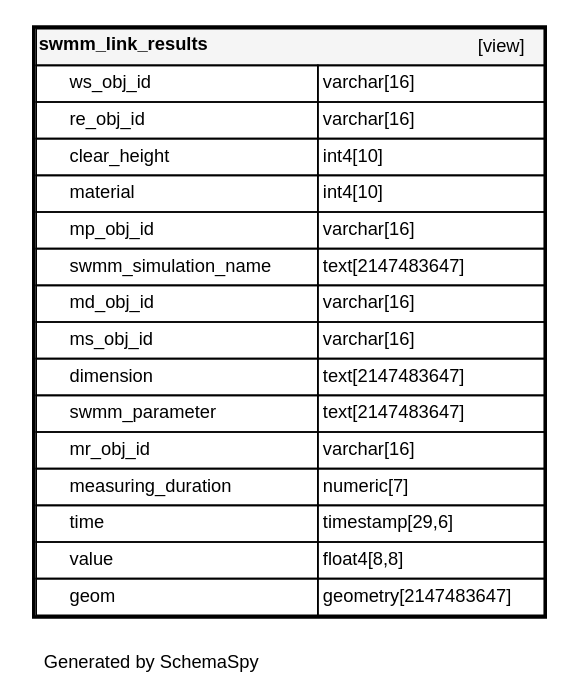
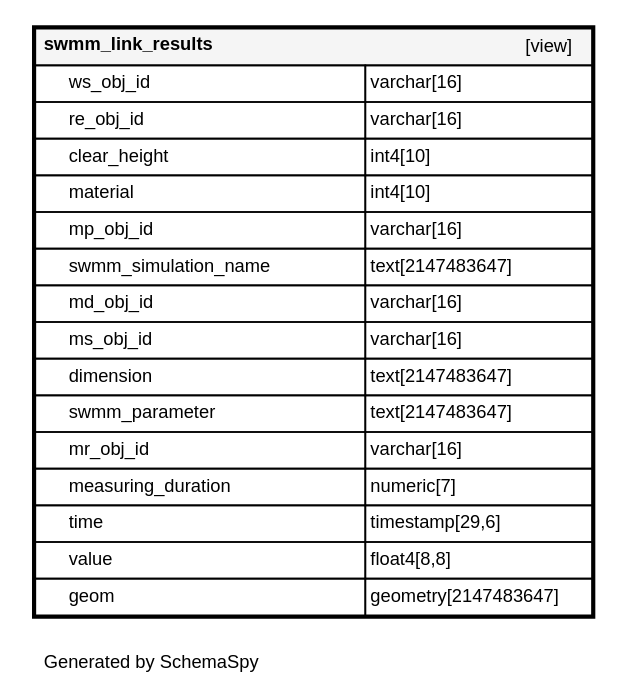
Before and after one commit to teksi/wastewater: the diagram in en/_static/datamodel/tww_app/diagrams/tables/swmm_link_results.1degree.dot, drawn with Graphviz. The commit also changed 5513 other files, not shown here.

```diff
--- a/en/_static/datamodel/tww_app/diagrams/tables/swmm_link_results.1degree.dot
+++ b/en/_static/datamodel/tww_app/diagrams/tables/swmm_link_results.1degree.dot
@@ -1,27 +1,27 @@
 digraph "oneDegreeRelationshipsDiagram" {
-  graph [    rankdir="RL"    bgcolor="#ffffff"    label="\nGenerated by SchemaSpy"    labeljust="l"    nodesep="0.18"    ranksep="0.46"    fontname="Helvetica"    fontsize="11"    ration="compress"  ];  node [    fontname="Helvetica"    fontsize="11"    shape="plaintext"  ];  edge [    arrowsize="0.8"  ];
+  graph [    rankdir="RL"    bgcolor="#ffffff"    label="\nGenerated by SchemaSpy"    labeljust="l"    nodesep="0.18"    ranksep="0.46"    fontname="Helvetica"    fontsize="11"    packmode="graph"  ];  node [    fontname="Helvetica"    fontsize="11"    shape="plaintext"  ];  edge [    arrowsize="0.8"  ];
   "swmm_link_results" [
    label=<
     <TABLE BORDER="2" CELLBORDER="1" CELLSPACING="0" BGCOLOR="#ffffff">
-      <TR><TD COLSPAN="4"  BGCOLOR="#f5f5f5"><TABLE BORDER="0" CELLSPACING="0"><TR><TD ALIGN="LEFT" FIXEDSIZE="TRUE" WIDTH="113" HEIGHT="16"><B>swmm_link_results</B></TD><TD ALIGN="RIGHT">[view]</TD></TR></TABLE></TD></TR>
-      <TR><TD PORT="ws_obj_id" COLSPAN="2" ALIGN="LEFT"><TABLE BORDER="0" CELLSPACING="0" ALIGN="LEFT"><TR ALIGN="LEFT"><TD ALIGN="LEFT" FIXEDSIZE="TRUE" WIDTH="15" HEIGHT="16"></TD><TD ALIGN="LEFT" FIXEDSIZE="TRUE" WIDTH="148" HEIGHT="16">ws_obj_id</TD></TR></TABLE></TD><TD PORT="ws_obj_id.type" ALIGN="LEFT">varchar[16]</TD></TR>
-      <TR><TD PORT="re_obj_id" COLSPAN="2" ALIGN="LEFT"><TABLE BORDER="0" CELLSPACING="0" ALIGN="LEFT"><TR ALIGN="LEFT"><TD ALIGN="LEFT" FIXEDSIZE="TRUE" WIDTH="15" HEIGHT="16"></TD><TD ALIGN="LEFT" FIXEDSIZE="TRUE" WIDTH="148" HEIGHT="16">re_obj_id</TD></TR></TABLE></TD><TD PORT="re_obj_id.type" ALIGN="LEFT">varchar[16]</TD></TR>
-      <TR><TD PORT="clear_height" COLSPAN="2" ALIGN="LEFT"><TABLE BORDER="0" CELLSPACING="0" ALIGN="LEFT"><TR ALIGN="LEFT"><TD ALIGN="LEFT" FIXEDSIZE="TRUE" WIDTH="15" HEIGHT="16"></TD><TD ALIGN="LEFT" FIXEDSIZE="TRUE" WIDTH="148" HEIGHT="16">clear_height</TD></TR></TABLE></TD><TD PORT="clear_height.type" ALIGN="LEFT">int4[10]</TD></TR>
-      <TR><TD PORT="material" COLSPAN="2" ALIGN="LEFT"><TABLE BORDER="0" CELLSPACING="0" ALIGN="LEFT"><TR ALIGN="LEFT"><TD ALIGN="LEFT" FIXEDSIZE="TRUE" WIDTH="15" HEIGHT="16"></TD><TD ALIGN="LEFT" FIXEDSIZE="TRUE" WIDTH="148" HEIGHT="16">material</TD></TR></TABLE></TD><TD PORT="material.type" ALIGN="LEFT">int4[10]</TD></TR>
-      <TR><TD PORT="mp_obj_id" COLSPAN="2" ALIGN="LEFT"><TABLE BORDER="0" CELLSPACING="0" ALIGN="LEFT"><TR ALIGN="LEFT"><TD ALIGN="LEFT" FIXEDSIZE="TRUE" WIDTH="15" HEIGHT="16"></TD><TD ALIGN="LEFT" FIXEDSIZE="TRUE" WIDTH="148" HEIGHT="16">mp_obj_id</TD></TR></TABLE></TD><TD PORT="mp_obj_id.type" ALIGN="LEFT">varchar[16]</TD></TR>
-      <TR><TD PORT="swmm_simulation_name" COLSPAN="2" ALIGN="LEFT"><TABLE BORDER="0" CELLSPACING="0" ALIGN="LEFT"><TR ALIGN="LEFT"><TD ALIGN="LEFT" FIXEDSIZE="TRUE" WIDTH="15" HEIGHT="16"></TD><TD ALIGN="LEFT" FIXEDSIZE="TRUE" WIDTH="148" HEIGHT="16">swmm_simulation_name</TD></TR></TABLE></TD><TD PORT="swmm_simulation_name.type" ALIGN="LEFT">text[2147483647]</TD></TR>
-      <TR><TD PORT="md_obj_id" COLSPAN="2" ALIGN="LEFT"><TABLE BORDER="0" CELLSPACING="0" ALIGN="LEFT"><TR ALIGN="LEFT"><TD ALIGN="LEFT" FIXEDSIZE="TRUE" WIDTH="15" HEIGHT="16"></TD><TD ALIGN="LEFT" FIXEDSIZE="TRUE" WIDTH="148" HEIGHT="16">md_obj_id</TD></TR></TABLE></TD><TD PORT="md_obj_id.type" ALIGN="LEFT">varchar[16]</TD></TR>
-      <TR><TD PORT="ms_obj_id" COLSPAN="2" ALIGN="LEFT"><TABLE BORDER="0" CELLSPACING="0" ALIGN="LEFT"><TR ALIGN="LEFT"><TD ALIGN="LEFT" FIXEDSIZE="TRUE" WIDTH="15" HEIGHT="16"></TD><TD ALIGN="LEFT" FIXEDSIZE="TRUE" WIDTH="148" HEIGHT="16">ms_obj_id</TD></TR></TABLE></TD><TD PORT="ms_obj_id.type" ALIGN="LEFT">varchar[16]</TD></TR>
-      <TR><TD PORT="dimension" COLSPAN="2" ALIGN="LEFT"><TABLE BORDER="0" CELLSPACING="0" ALIGN="LEFT"><TR ALIGN="LEFT"><TD ALIGN="LEFT" FIXEDSIZE="TRUE" WIDTH="15" HEIGHT="16"></TD><TD ALIGN="LEFT" FIXEDSIZE="TRUE" WIDTH="148" HEIGHT="16">dimension</TD></TR></TABLE></TD><TD PORT="dimension.type" ALIGN="LEFT">text[2147483647]</TD></TR>
-      <TR><TD PORT="swmm_parameter" COLSPAN="2" ALIGN="LEFT"><TABLE BORDER="0" CELLSPACING="0" ALIGN="LEFT"><TR ALIGN="LEFT"><TD ALIGN="LEFT" FIXEDSIZE="TRUE" WIDTH="15" HEIGHT="16"></TD><TD ALIGN="LEFT" FIXEDSIZE="TRUE" WIDTH="148" HEIGHT="16">swmm_parameter</TD></TR></TABLE></TD><TD PORT="swmm_parameter.type" ALIGN="LEFT">text[2147483647]</TD></TR>
-      <TR><TD PORT="mr_obj_id" COLSPAN="2" ALIGN="LEFT"><TABLE BORDER="0" CELLSPACING="0" ALIGN="LEFT"><TR ALIGN="LEFT"><TD ALIGN="LEFT" FIXEDSIZE="TRUE" WIDTH="15" HEIGHT="16"></TD><TD ALIGN="LEFT" FIXEDSIZE="TRUE" WIDTH="148" HEIGHT="16">mr_obj_id</TD></TR></TABLE></TD><TD PORT="mr_obj_id.type" ALIGN="LEFT">varchar[16]</TD></TR>
-      <TR><TD PORT="measuring_duration" COLSPAN="2" ALIGN="LEFT"><TABLE BORDER="0" CELLSPACING="0" ALIGN="LEFT"><TR ALIGN="LEFT"><TD ALIGN="LEFT" FIXEDSIZE="TRUE" WIDTH="15" HEIGHT="16"></TD><TD ALIGN="LEFT" FIXEDSIZE="TRUE" WIDTH="148" HEIGHT="16">measuring_duration</TD></TR></TABLE></TD><TD PORT="measuring_duration.type" ALIGN="LEFT">numeric[7]</TD></TR>
-      <TR><TD PORT="time" COLSPAN="2" ALIGN="LEFT"><TABLE BORDER="0" CELLSPACING="0" ALIGN="LEFT"><TR ALIGN="LEFT"><TD ALIGN="LEFT" FIXEDSIZE="TRUE" WIDTH="15" HEIGHT="16"></TD><TD ALIGN="LEFT" FIXEDSIZE="TRUE" WIDTH="148" HEIGHT="16">time</TD></TR></TABLE></TD><TD PORT="time.type" ALIGN="LEFT">timestamp[29,6]</TD></TR>
-      <TR><TD PORT="value" COLSPAN="2" ALIGN="LEFT"><TABLE BORDER="0" CELLSPACING="0" ALIGN="LEFT"><TR ALIGN="LEFT"><TD ALIGN="LEFT" FIXEDSIZE="TRUE" WIDTH="15" HEIGHT="16"></TD><TD ALIGN="LEFT" FIXEDSIZE="TRUE" WIDTH="148" HEIGHT="16">value</TD></TR></TABLE></TD><TD PORT="value.type" ALIGN="LEFT">float4[8,8]</TD></TR>
-      <TR><TD PORT="geom" COLSPAN="2" ALIGN="LEFT"><TABLE BORDER="0" CELLSPACING="0" ALIGN="LEFT"><TR ALIGN="LEFT"><TD ALIGN="LEFT" FIXEDSIZE="TRUE" WIDTH="15" HEIGHT="16"></TD><TD ALIGN="LEFT" FIXEDSIZE="TRUE" WIDTH="148" HEIGHT="16">geom</TD></TR></TABLE></TD><TD PORT="geom.type" ALIGN="LEFT">geometry[2147483647]</TD></TR>
+      <TR><TD COLSPAN="4"  BGCOLOR="#f5f5f5"><TABLE BORDER="0" CELLSPACING="0"><TR><TD ALIGN="LEFT" FIXEDSIZE="TRUE" WIDTH="137" HEIGHT="16"><B>swmm_link_results</B></TD><TD ALIGN="RIGHT">[view]</TD></TR></TABLE></TD></TR>
+      <TR><TD PORT="ws_obj_id" COLSPAN="2" ALIGN="LEFT"><TABLE BORDER="0" CELLSPACING="0" ALIGN="LEFT"><TR ALIGN="LEFT"><TD ALIGN="LEFT" FIXEDSIZE="TRUE" WIDTH="15" HEIGHT="16"></TD><TD ALIGN="LEFT" FIXEDSIZE="TRUE" WIDTH="177" HEIGHT="16">ws_obj_id</TD></TR></TABLE></TD><TD PORT="ws_obj_id.type" ALIGN="LEFT">varchar[16]</TD></TR>
+      <TR><TD PORT="re_obj_id" COLSPAN="2" ALIGN="LEFT"><TABLE BORDER="0" CELLSPACING="0" ALIGN="LEFT"><TR ALIGN="LEFT"><TD ALIGN="LEFT" FIXEDSIZE="TRUE" WIDTH="15" HEIGHT="16"></TD><TD ALIGN="LEFT" FIXEDSIZE="TRUE" WIDTH="177" HEIGHT="16">re_obj_id</TD></TR></TABLE></TD><TD PORT="re_obj_id.type" ALIGN="LEFT">varchar[16]</TD></TR>
+      <TR><TD PORT="clear_height" COLSPAN="2" ALIGN="LEFT"><TABLE BORDER="0" CELLSPACING="0" ALIGN="LEFT"><TR ALIGN="LEFT"><TD ALIGN="LEFT" FIXEDSIZE="TRUE" WIDTH="15" HEIGHT="16"></TD><TD ALIGN="LEFT" FIXEDSIZE="TRUE" WIDTH="177" HEIGHT="16">clear_height</TD></TR></TABLE></TD><TD PORT="clear_height.type" ALIGN="LEFT">int4[10]</TD></TR>
+      <TR><TD PORT="material" COLSPAN="2" ALIGN="LEFT"><TABLE BORDER="0" CELLSPACING="0" ALIGN="LEFT"><TR ALIGN="LEFT"><TD ALIGN="LEFT" FIXEDSIZE="TRUE" WIDTH="15" HEIGHT="16"></TD><TD ALIGN="LEFT" FIXEDSIZE="TRUE" WIDTH="177" HEIGHT="16">material</TD></TR></TABLE></TD><TD PORT="material.type" ALIGN="LEFT">int4[10]</TD></TR>
+      <TR><TD PORT="mp_obj_id" COLSPAN="2" ALIGN="LEFT"><TABLE BORDER="0" CELLSPACING="0" ALIGN="LEFT"><TR ALIGN="LEFT"><TD ALIGN="LEFT" FIXEDSIZE="TRUE" WIDTH="15" HEIGHT="16"></TD><TD ALIGN="LEFT" FIXEDSIZE="TRUE" WIDTH="177" HEIGHT="16">mp_obj_id</TD></TR></TABLE></TD><TD PORT="mp_obj_id.type" ALIGN="LEFT">varchar[16]</TD></TR>
+      <TR><TD PORT="swmm_simulation_name" COLSPAN="2" ALIGN="LEFT"><TABLE BORDER="0" CELLSPACING="0" ALIGN="LEFT"><TR ALIGN="LEFT"><TD ALIGN="LEFT" FIXEDSIZE="TRUE" WIDTH="15" HEIGHT="16"></TD><TD ALIGN="LEFT" FIXEDSIZE="TRUE" WIDTH="177" HEIGHT="16">swmm_simulation_name</TD></TR></TABLE></TD><TD PORT="swmm_simulation_name.type" ALIGN="LEFT">text[2147483647]</TD></TR>
+      <TR><TD PORT="md_obj_id" COLSPAN="2" ALIGN="LEFT"><TABLE BORDER="0" CELLSPACING="0" ALIGN="LEFT"><TR ALIGN="LEFT"><TD ALIGN="LEFT" FIXEDSIZE="TRUE" WIDTH="15" HEIGHT="16"></TD><TD ALIGN="LEFT" FIXEDSIZE="TRUE" WIDTH="177" HEIGHT="16">md_obj_id</TD></TR></TABLE></TD><TD PORT="md_obj_id.type" ALIGN="LEFT">varchar[16]</TD></TR>
+      <TR><TD PORT="ms_obj_id" COLSPAN="2" ALIGN="LEFT"><TABLE BORDER="0" CELLSPACING="0" ALIGN="LEFT"><TR ALIGN="LEFT"><TD ALIGN="LEFT" FIXEDSIZE="TRUE" WIDTH="15" HEIGHT="16"></TD><TD ALIGN="LEFT" FIXEDSIZE="TRUE" WIDTH="177" HEIGHT="16">ms_obj_id</TD></TR></TABLE></TD><TD PORT="ms_obj_id.type" ALIGN="LEFT">varchar[16]</TD></TR>
+      <TR><TD PORT="dimension" COLSPAN="2" ALIGN="LEFT"><TABLE BORDER="0" CELLSPACING="0" ALIGN="LEFT"><TR ALIGN="LEFT"><TD ALIGN="LEFT" FIXEDSIZE="TRUE" WIDTH="15" HEIGHT="16"></TD><TD ALIGN="LEFT" FIXEDSIZE="TRUE" WIDTH="177" HEIGHT="16">dimension</TD></TR></TABLE></TD><TD PORT="dimension.type" ALIGN="LEFT">text[2147483647]</TD></TR>
+      <TR><TD PORT="swmm_parameter" COLSPAN="2" ALIGN="LEFT"><TABLE BORDER="0" CELLSPACING="0" ALIGN="LEFT"><TR ALIGN="LEFT"><TD ALIGN="LEFT" FIXEDSIZE="TRUE" WIDTH="15" HEIGHT="16"></TD><TD ALIGN="LEFT" FIXEDSIZE="TRUE" WIDTH="177" HEIGHT="16">swmm_parameter</TD></TR></TABLE></TD><TD PORT="swmm_parameter.type" ALIGN="LEFT">text[2147483647]</TD></TR>
+      <TR><TD PORT="mr_obj_id" COLSPAN="2" ALIGN="LEFT"><TABLE BORDER="0" CELLSPACING="0" ALIGN="LEFT"><TR ALIGN="LEFT"><TD ALIGN="LEFT" FIXEDSIZE="TRUE" WIDTH="15" HEIGHT="16"></TD><TD ALIGN="LEFT" FIXEDSIZE="TRUE" WIDTH="177" HEIGHT="16">mr_obj_id</TD></TR></TABLE></TD><TD PORT="mr_obj_id.type" ALIGN="LEFT">varchar[16]</TD></TR>
+      <TR><TD PORT="measuring_duration" COLSPAN="2" ALIGN="LEFT"><TABLE BORDER="0" CELLSPACING="0" ALIGN="LEFT"><TR ALIGN="LEFT"><TD ALIGN="LEFT" FIXEDSIZE="TRUE" WIDTH="15" HEIGHT="16"></TD><TD ALIGN="LEFT" FIXEDSIZE="TRUE" WIDTH="177" HEIGHT="16">measuring_duration</TD></TR></TABLE></TD><TD PORT="measuring_duration.type" ALIGN="LEFT">numeric[7]</TD></TR>
+      <TR><TD PORT="time" COLSPAN="2" ALIGN="LEFT"><TABLE BORDER="0" CELLSPACING="0" ALIGN="LEFT"><TR ALIGN="LEFT"><TD ALIGN="LEFT" FIXEDSIZE="TRUE" WIDTH="15" HEIGHT="16"></TD><TD ALIGN="LEFT" FIXEDSIZE="TRUE" WIDTH="177" HEIGHT="16">time</TD></TR></TABLE></TD><TD PORT="time.type" ALIGN="LEFT">timestamp[29,6]</TD></TR>
+      <TR><TD PORT="value" COLSPAN="2" ALIGN="LEFT"><TABLE BORDER="0" CELLSPACING="0" ALIGN="LEFT"><TR ALIGN="LEFT"><TD ALIGN="LEFT" FIXEDSIZE="TRUE" WIDTH="15" HEIGHT="16"></TD><TD ALIGN="LEFT" FIXEDSIZE="TRUE" WIDTH="177" HEIGHT="16">value</TD></TR></TABLE></TD><TD PORT="value.type" ALIGN="LEFT">float4[8,8]</TD></TR>
+      <TR><TD PORT="geom" COLSPAN="2" ALIGN="LEFT"><TABLE BORDER="0" CELLSPACING="0" ALIGN="LEFT"><TR ALIGN="LEFT"><TD ALIGN="LEFT" FIXEDSIZE="TRUE" WIDTH="15" HEIGHT="16"></TD><TD ALIGN="LEFT" FIXEDSIZE="TRUE" WIDTH="177" HEIGHT="16">geom</TD></TR></TABLE></TD><TD PORT="geom.type" ALIGN="LEFT">geometry[2147483647]</TD></TR>
     </TABLE>>
     URL="../../tables/swmm_link_results.html"
     target="_top"
     tooltip="swmm_link_results"
   ];
 }
```
